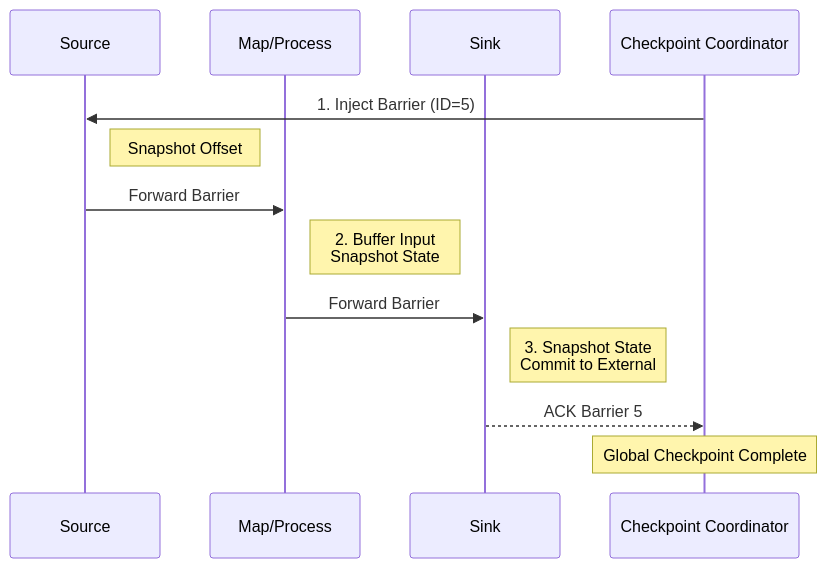
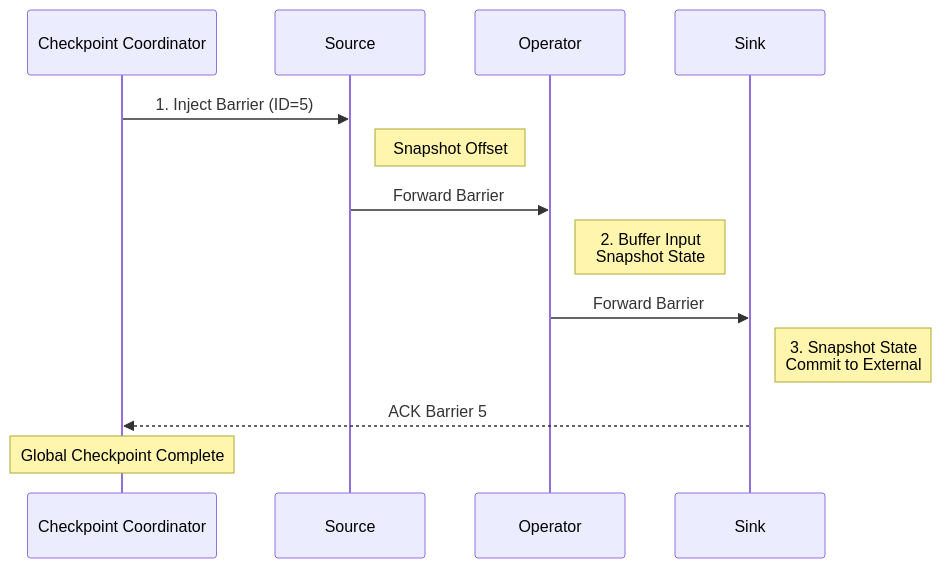
The third of 4 diagrams in Stream Processing/02_Apache_Flink.md (Anmol33/SystemDesign), drawn with Mermaid before and after one commit. The commit also changed other lines of this file and 4 other files, not shown here.

Commit message:
Docs(All): Reorganized All Framework Docs with Consistent Flow + Deep Dive Redis Internals

````diff
--- a/Stream Processing/02_Apache_Flink.md
+++ b/Stream Processing/02_Apache_Flink.md
@@ -73,19 +117,19 @@
 ```mermaid
 sequenceDiagram
+    participant Chk as Checkpoint Coordinator
     participant Src as Source
-    participant Op as Map/Process
+    participant Op as Operator
     participant Sink as Sink
-    participant Chk as Checkpoint Coordinator
-
+    
     Chk->>Src: 1. Inject Barrier (ID=5)
     Note right of Src: Snapshot Offset
     Src->>Op: Forward Barrier
     
     Note right of Op: 2. Buffer Input<br/>Snapshot State
     Op->>Sink: Forward Barrier
     
     Note right of Sink: 3. Snapshot State<br/>Commit to External
     Sink-->>Chk: ACK Barrier 5
     
     Note over Chk: Global Checkpoint Complete
 ```
````
